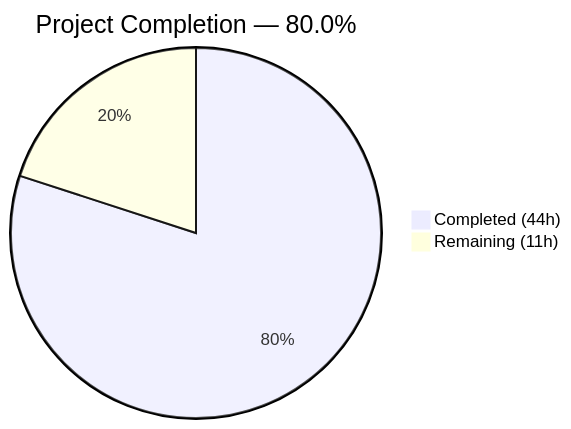
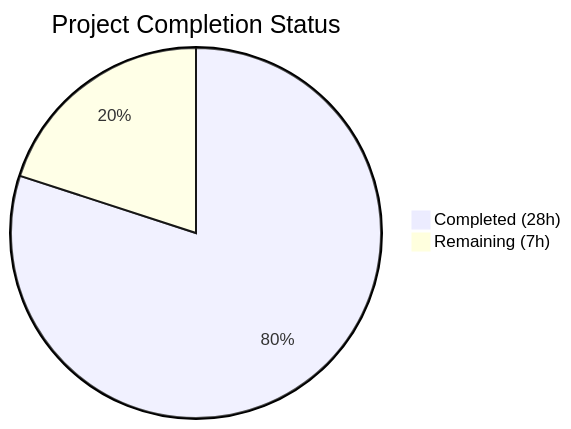
The first of 2 diagrams in blitzy/documentation/Project Guide.md (Sandeep01Kumar/29-dec-existing-projects-qa-test-1), drawn with Mermaid before and after one commit. The commit also changed other lines of this file, not shown here.

Commit message:
Adding Blitzy Project Guide: Project Status and Human Tasks Remaining

````diff
--- a/blitzy/documentation/Project Guide.md
+++ b/blitzy/documentation/Project Guide.md
@@ -13,5 +13,5 @@
 ```mermaid
-pie title Project Completion — 80.0%
-    "Completed (44h)" : 44
-    "Remaining (11h)" : 11
+pie title Project Completion Status
+    "Completed (28h)" : 28
+    "Remaining (7h)" : 7
 ```
````
